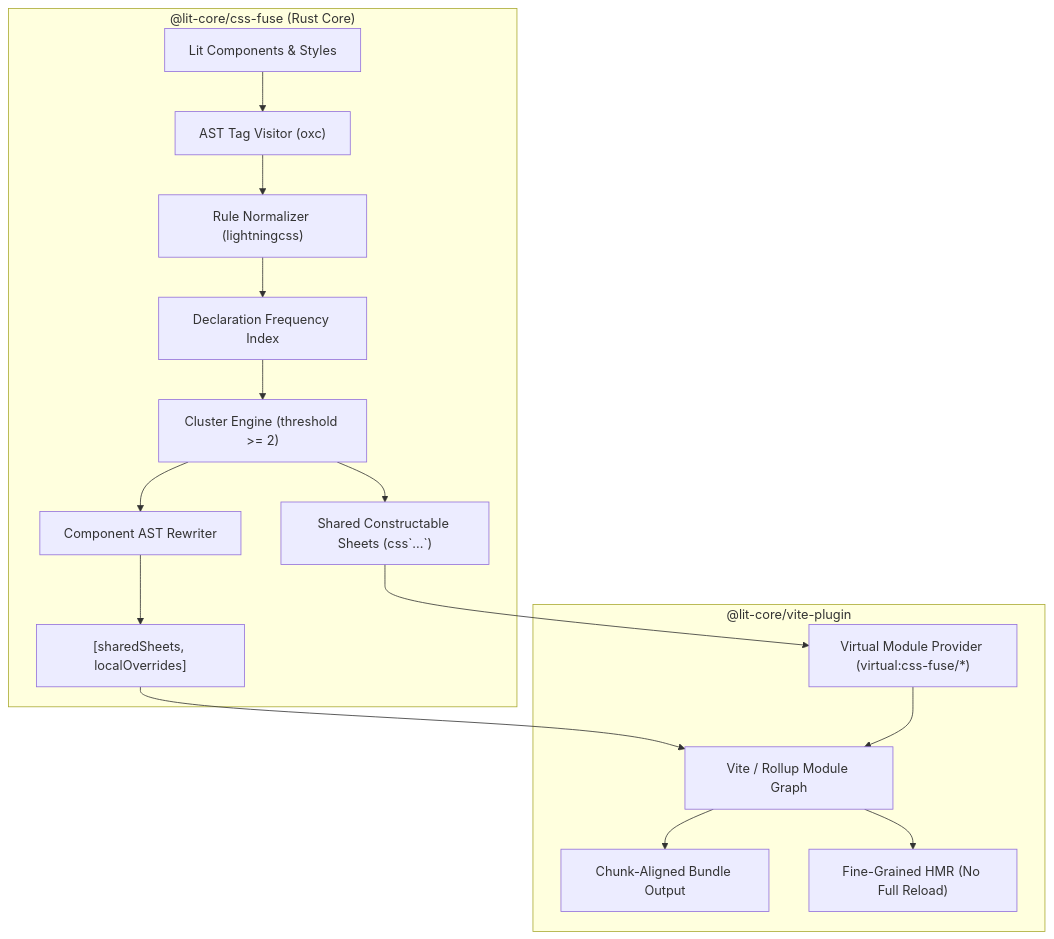
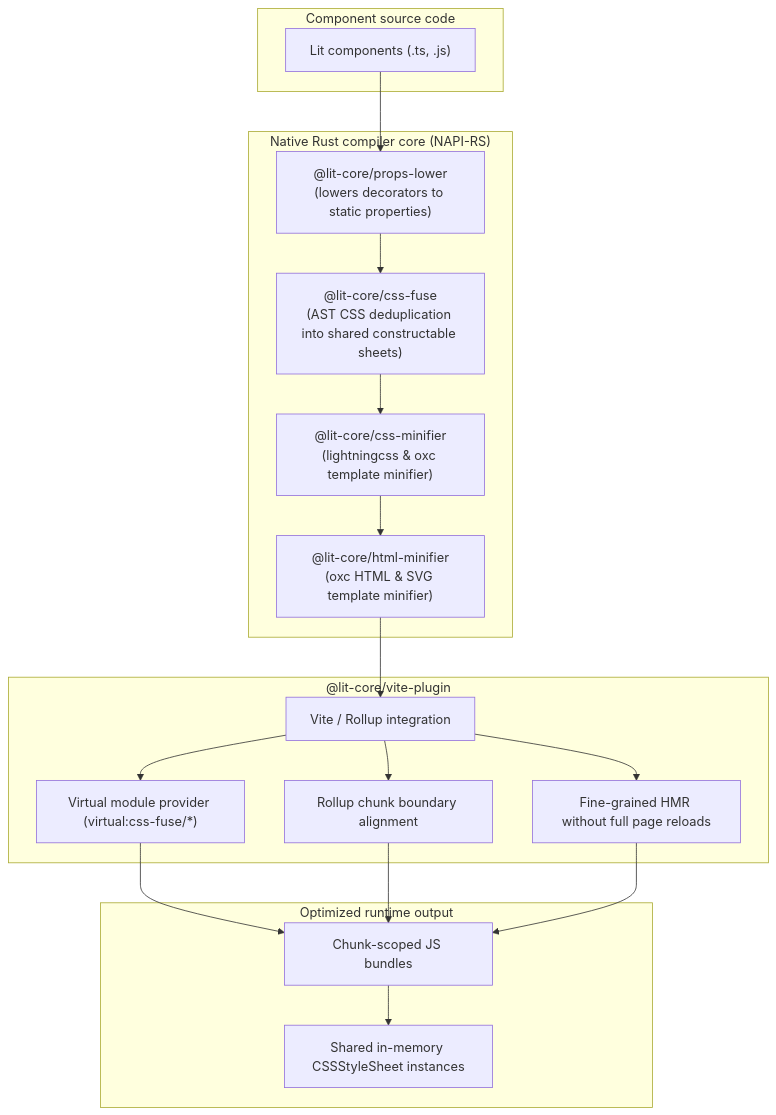
Before and after one commit to lit-core/core: the diagram in README.md, drawn with Mermaid. The commit also changed other lines of this file and 20 other files, not shown here.

````diff
--- a/README.md
+++ b/README.md
@@ -7,20 +7,38 @@
 ```mermaid
 flowchart TD
-    subgraph Core ["@lit-core/css-fuse (Rust Core)"]
-        A["Lit Components & Styles"] --> B["AST Tag Visitor (oxc)"]
-        B --> C["Rule Normalizer (lightningcss)"]
-        C --> D["Declaration Frequency Index"]
-        D --> E["Cluster Engine (threshold >= 2)"]
-        E --> F["Shared Constructable Sheets (css`...`)"]
-        E --> G["Component AST Rewriter"]
-        G --> H["[sharedSheets, localOverrides]"]
+    subgraph Sources ["Component source code"]
+        A["Lit components (.ts, .js)"]
     end
 
-    subgraph Bundler ["@lit-core/vite-plugin"]
-        F --> I["Virtual Module Provider (virtual:css-fuse/*)"]
-        H --> J["Vite / Rollup Module Graph"]
-        I --> J
-        J --> K["Chunk-Aligned Bundle Output"]
-        J --> L["Fine-Grained HMR (No Full Reload)"]
+    subgraph NativeCore ["Native Rust compiler core (NAPI-RS)"]
+        B["@lit-core/props-lower<br/>(lowers decorators to static properties)"]
+        C["@lit-core/css-fuse<br/>(AST CSS deduplication into shared constructable sheets)"]
+        D["@lit-core/css-minifier<br/>(lightningcss & oxc template minifier)"]
+        E["@lit-core/html-minifier<br/>(oxc HTML & SVG template minifier)"]
     end
+
+    subgraph BundlerPlugin ["@lit-core/vite-plugin"]
+        F["Vite / Rollup integration"]
+        G["Virtual module provider (virtual:css-fuse/*)"]
+        H["Rollup chunk boundary alignment"]
+        I["Fine-grained HMR without full page reloads"]
+    end
+
+    subgraph Output ["Optimized runtime output"]
+        J["Chunk-scoped JS bundles"]
+        K["Shared in-memory CSSStyleSheet instances"]
+    end
+
+    A --> B
+    B --> C
+    C --> D
+    D --> E
+    E --> F
+    F --> G
+    F --> H
+    F --> I
+    G --> J
+    H --> J
+    I --> J
+    J --> K
 ```
````
